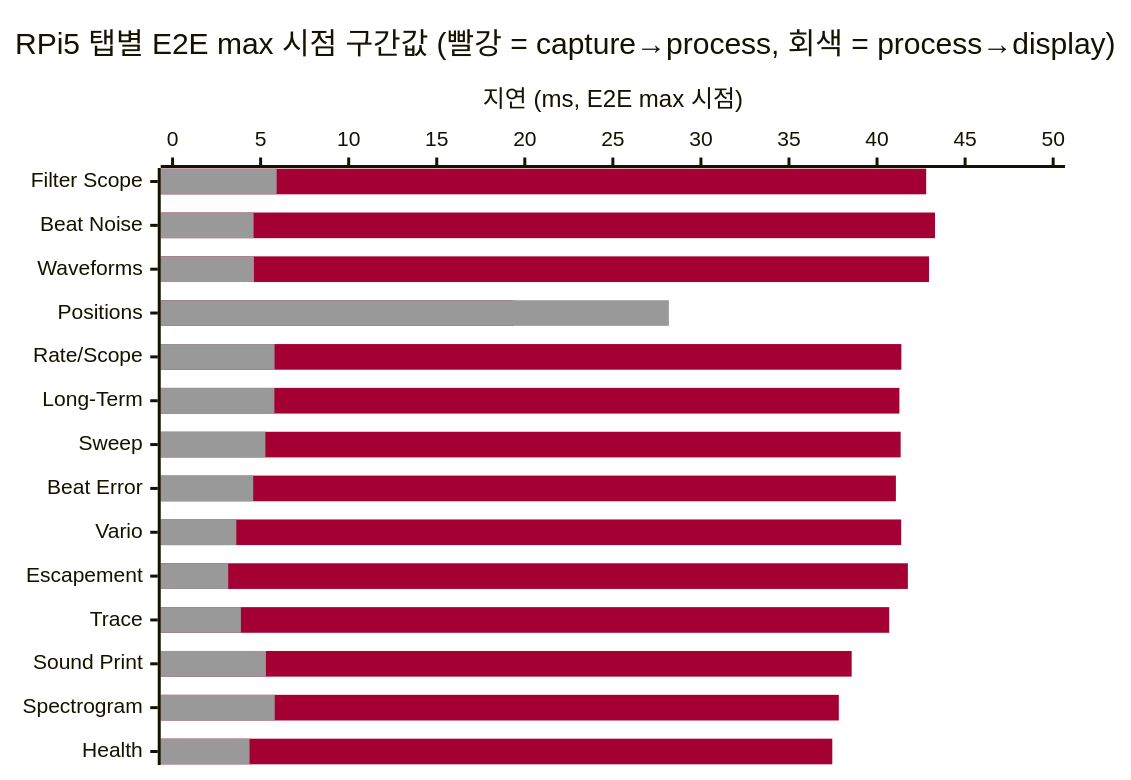
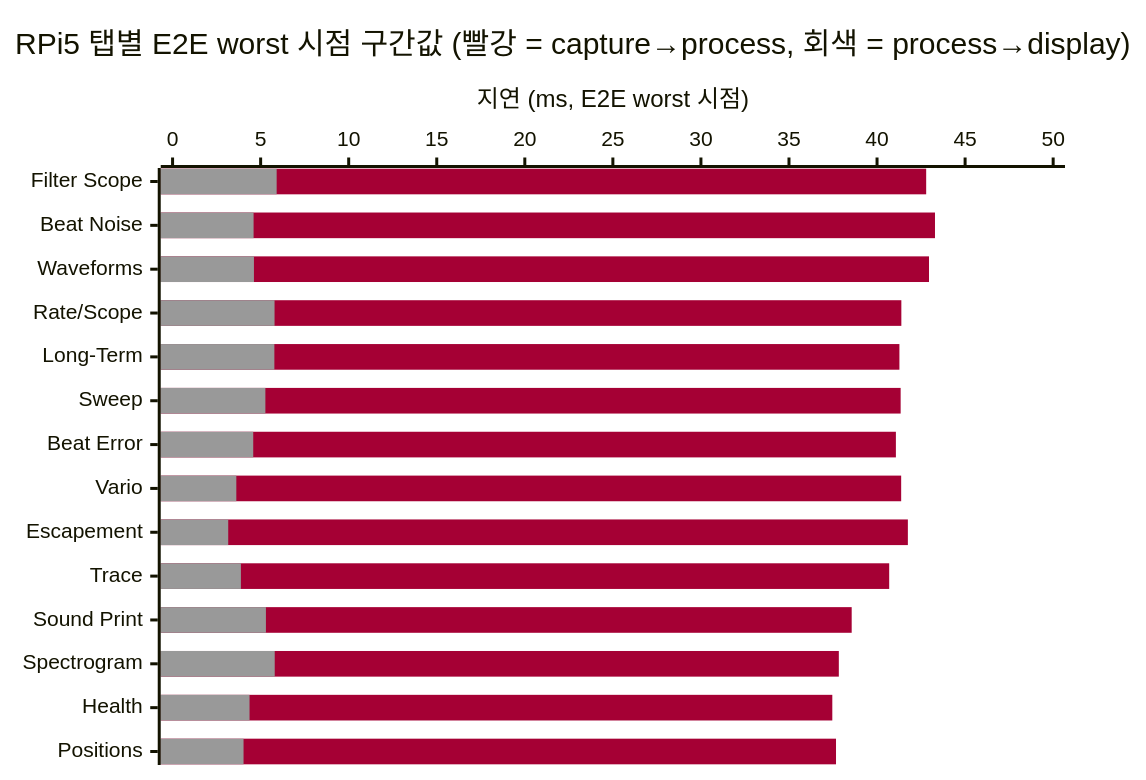
One commit to lgcmu2026-team5/TimeGrapher-Docs changed the fifth of 7 diagrams in Milestone/ko/4-Planned-Experiments.md. Above: the diagram before and after it, drawn with Mermaid. The commit also changed other lines of this file and 1 other file, not shown here.

Commit message:
docs: adjust Positions benchmark row

````diff
--- a/Milestone/ko/4-Planned-Experiments.md
+++ b/Milestone/ko/4-Planned-Experiments.md
@@ -205,9 +205,9 @@
 ```mermaid
 %%{init: {"themeVariables": {"xyChart": {"plotColorPalette": "#A50034, #999999"}}}}%%
 xychart-beta horizontal
-    title "RPi5 탭별 E2E max 시점 구간값 (빨강 = capture→process, 회색 = process→display)"
-    x-axis ["Filter Scope", "Beat Noise", "Waveforms", "Positions", "Rate/Scope", "Long-Term", "Sweep", "Beat Error", "Vario", "Escapement", "Trace", "Sound Print", "Spectrogram", "Health"]
-    y-axis "지연 (ms, E2E max 시점)" 0 --> 50
-    bar [42.79, 43.29, 42.95, 19.33, 41.38, 41.27, 41.34, 41.07, 41.37, 41.75, 40.69, 38.56, 37.83, 37.46]
-    bar [5.91, 4.60, 4.62, 28.18, 5.79, 5.78, 5.27, 4.58, 3.62, 3.16, 3.88, 5.30, 5.80, 4.37]
+    title "RPi5 탭별 E2E worst 시점 구간값 (빨강 = capture→process, 회색 = process→display)"
+    x-axis ["Filter Scope", "Beat Noise", "Waveforms", "Rate/Scope", "Long-Term", "Sweep", "Beat Error", "Vario", "Escapement", "Trace", "Sound Print", "Spectrogram", "Health", "Positions"]
+    y-axis "지연 (ms, E2E worst 시점)" 0 --> 50
+    bar [42.79, 43.29, 42.95, 41.38, 41.27, 41.34, 41.07, 41.37, 41.75, 40.69, 38.56, 37.83, 37.46, 37.67]
+    bar [5.91, 4.60, 4.62, 5.79, 5.78, 5.27, 4.58, 3.62, 3.16, 3.88, 5.30, 5.80, 4.37, 4.03]
 ```
````
